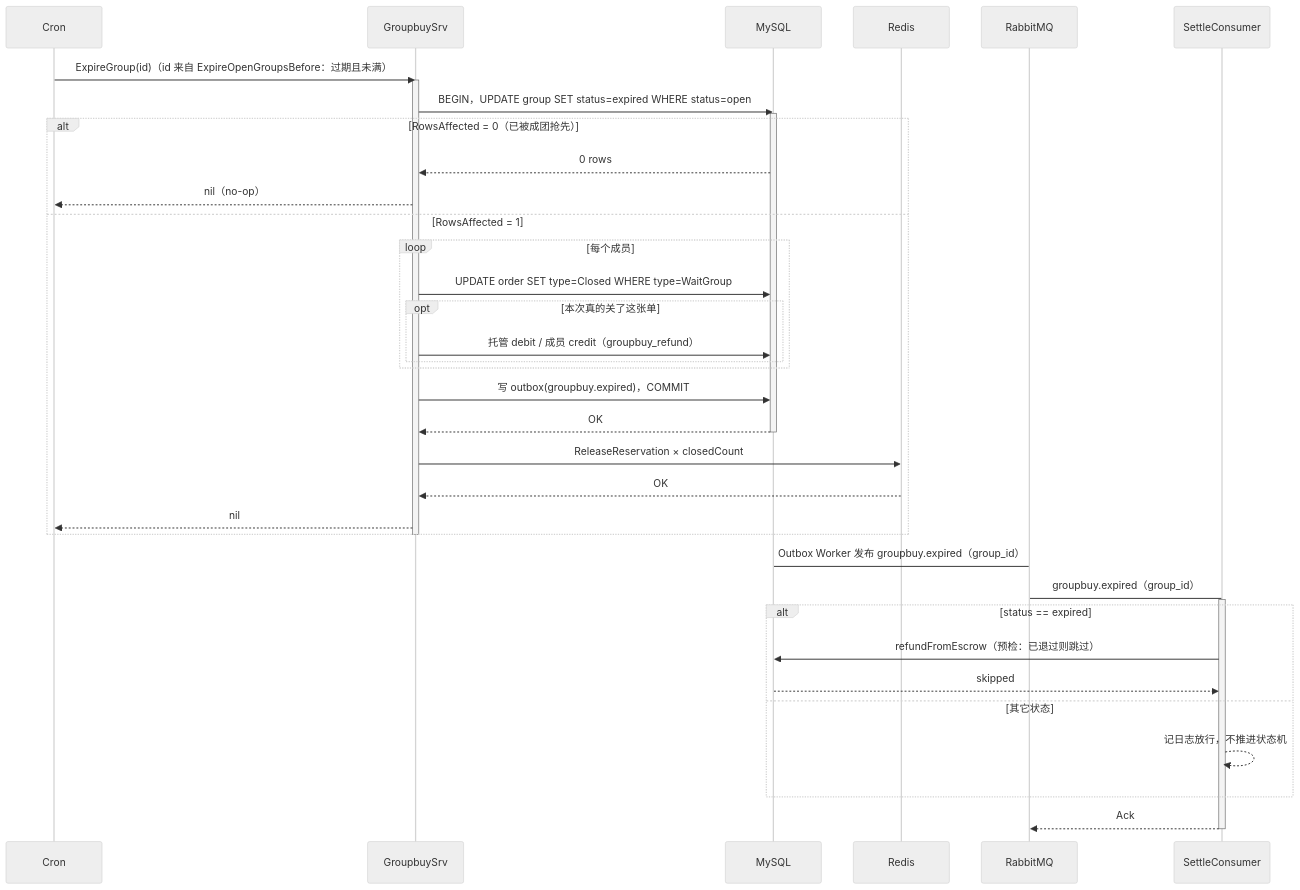
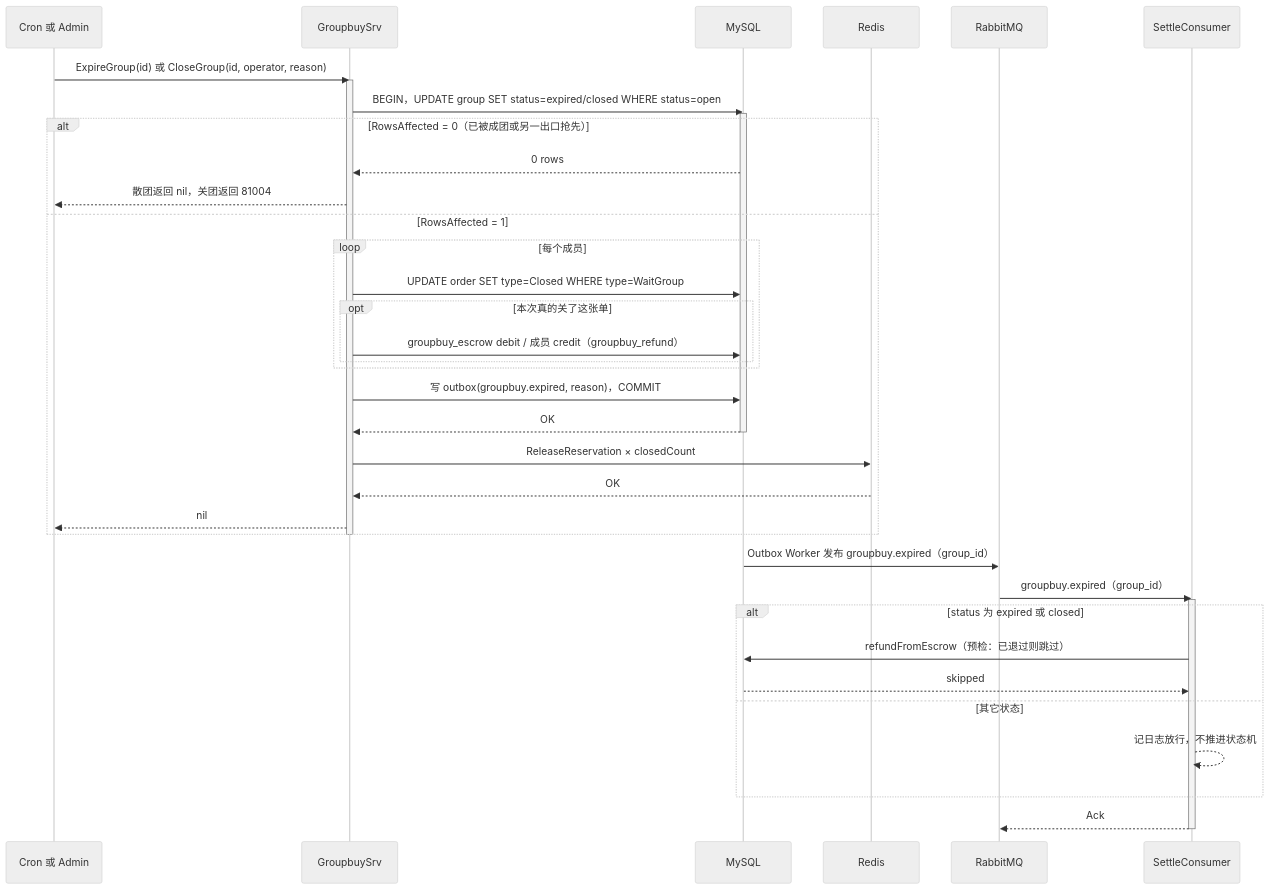
One commit to RedInn7/gomall changed the third of 3 diagrams in docs/lecture/17-groupbuy.md. Above: the diagram before and after it, drawn with Mermaid (neutral theme). The commit also changed other lines of this file and 1 other file, not shown here.

````diff
--- a/docs/lecture/17-groupbuy.md
+++ b/docs/lecture/17-groupbuy.md
@@ -503,43 +618,43 @@
 ```mermaid
 sequenceDiagram
-    participant Cron as Cron
+    participant Trig as Cron 或 Admin
     participant Svc as GroupbuySrv
     participant DB as MySQL
     participant Redis as Redis
     participant MQ as RabbitMQ
     participant Cons as SettleConsumer
 
-    Cron->>Svc: ExpireGroup(id)（id 来自 ExpireOpenGroupsBefore：过期且未满）
+    Trig->>Svc: ExpireGroup(id) 或 CloseGroup(id, operator, reason)
     activate Svc
-    Svc->>DB: BEGIN，UPDATE group SET status=expired WHERE status=open
+    Svc->>DB: BEGIN，UPDATE group SET status=expired/closed WHERE status=open
     activate DB
-    alt RowsAffected = 0（已被成团抢先）
+    alt RowsAffected = 0（已被成团或另一出口抢先）
         DB-->>Svc: 0 rows
-        Svc-->>Cron: nil（no-op）
+        Svc-->>Trig: 散团返回 nil，关团返回 81004
     else RowsAffected = 1
         loop 每个成员
             Svc->>DB: UPDATE order SET type=Closed WHERE type=WaitGroup
             opt 本次真的关了这张单
-                Svc->>DB: 托管 debit / 成员 credit（groupbuy_refund）
+                Svc->>DB: groupbuy_escrow debit / 成员 credit（groupbuy_refund）
             end
         end
-        Svc->>DB: 写 outbox(groupbuy.expired)，COMMIT
+        Svc->>DB: 写 outbox(groupbuy.expired, reason)，COMMIT
         DB-->>Svc: OK
         deactivate DB
         Svc->>Redis: ReleaseReservation × closedCount
         Redis-->>Svc: OK
-        Svc-->>Cron: nil
+        Svc-->>Trig: nil
     end
     deactivate Svc
-    DB->MQ: Outbox Worker 发布 groupbuy.expired（group_id）
-    MQ->Cons: groupbuy.expired（group_id）
+    DB->>MQ: Outbox Worker 发布 groupbuy.expired（group_id）
+    MQ->>Cons: groupbuy.expired（group_id）
     activate Cons
-    alt status == expired
+    alt status 为 expired 或 closed
         Cons->>DB: refundFromEscrow（预检：已退过则跳过）
         DB-->>Cons: skipped
     else 其它状态
         Cons-->>Cons: 记日志放行，不推进状态机
     end
     Cons-->>MQ: Ack
     deactivate Cons
 ```
````
